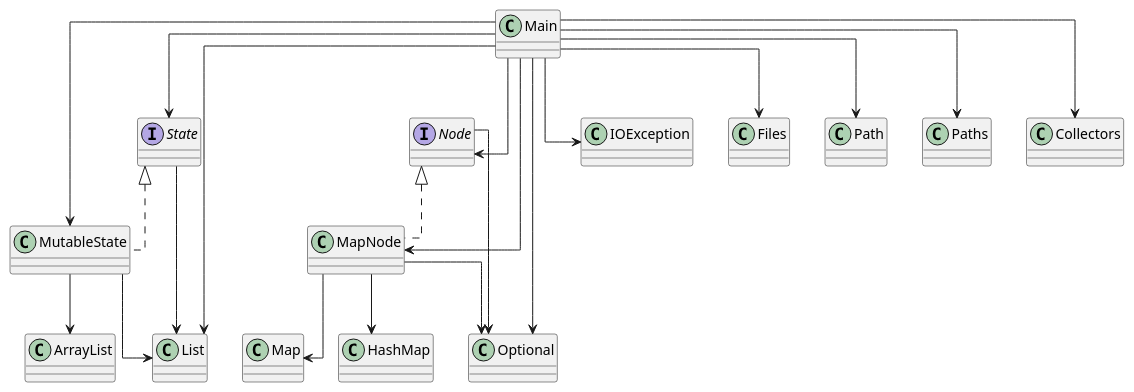
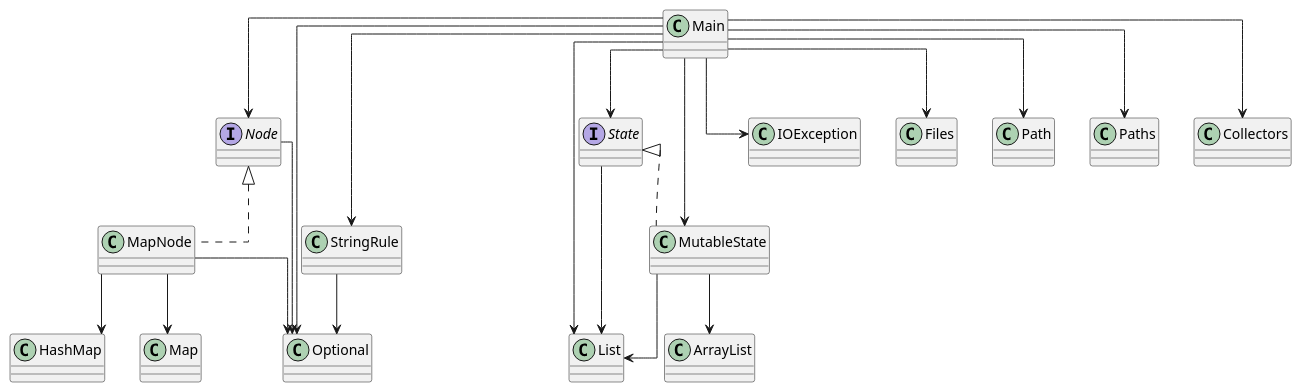
Before and after one commit to SirMathhman/Magma: the diagram in diagram.puml, drawn with PlantUML. The commit also changed 6 other files, not shown here.

```diff
--- a/diagram.puml
+++ b/diagram.puml
@@ -1,31 +1,33 @@
 @startuml
 skinparam linetype ortho
+class Node
+Node --> Optional
+interface Node
 class MutableState
 MutableState --> ArrayList
 MutableState --> List
 class MutableState implements State
-class MapNode
-MapNode --> HashMap
-MapNode --> Map
-MapNode --> Optional
-class MapNode implements Node
 class Main
-Main --> MapNode
 Main --> MutableState
 Main --> Node
 Main --> State
+Main --> StringRule
 Main --> IOException
 Main --> Files
 Main --> Path
 Main --> Paths
 Main --> List
 Main --> Optional
 Main --> Collectors
 class Main
-class Node
-Node --> Optional
-interface Node
+class StringRule
+StringRule --> Optional
+class MapNode
+MapNode --> HashMap
+MapNode --> Map
+MapNode --> Optional
+class MapNode implements Node
 class State
 State --> List
 interface State
 @enduml
```
